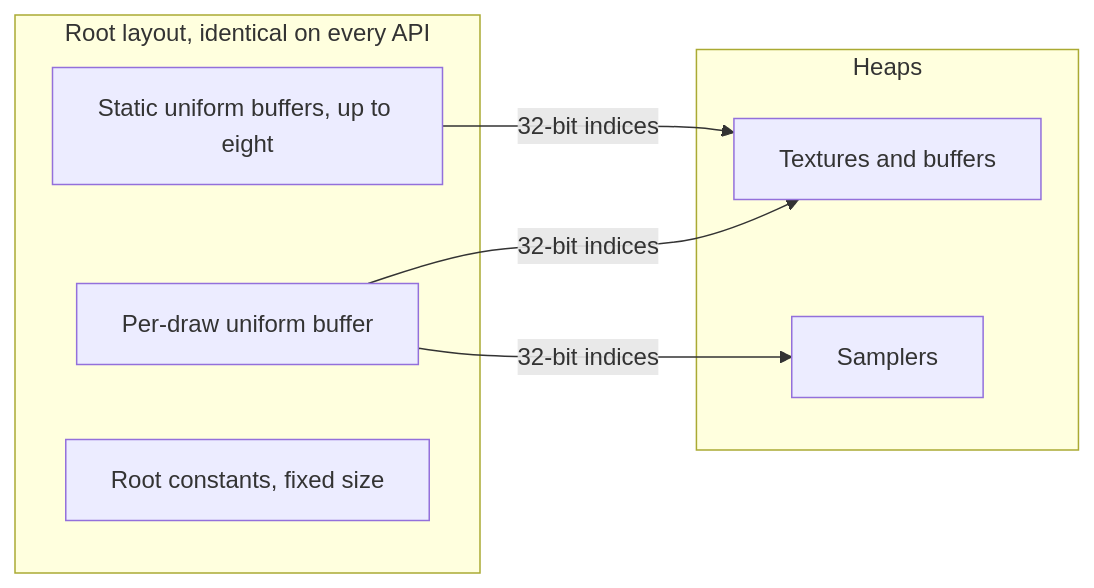
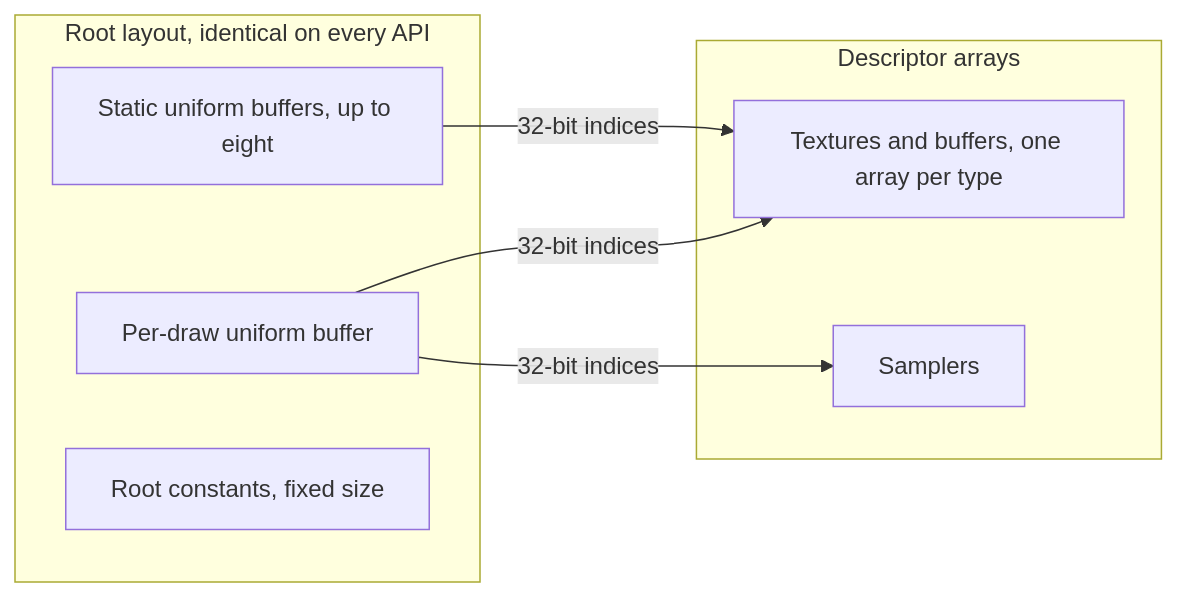
One commit to plainsight-systems/bullet-witch changed the third of 4 diagrams in docs/architecture/shaders.md. Above: the diagram before and after it, drawn with Mermaid. The commit also changed other lines of this file, not shown here.

First line of the commit message:
Bind through typed descriptor arrays so one model runs on every target

````diff
--- a/docs/architecture/shaders.md
+++ b/docs/architecture/shaders.md
@@ -86,15 +88,15 @@
 ```mermaid
 flowchart LR
     subgraph RL["Root layout, identical on every API"]
         S["Static uniform buffers, up to eight"]
         P["Per-draw uniform buffer"]
         C["Root constants, fixed size"]
     end
-    subgraph Heaps
-        T["Textures and buffers"]
+    subgraph DA["Descriptor arrays"]
+        T["Textures and buffers, one array per type"]
         Sm["Samplers"]
     end
     P -- 32-bit indices --> T
     P -- 32-bit indices --> Sm
     S -- 32-bit indices --> T
 ```
````
